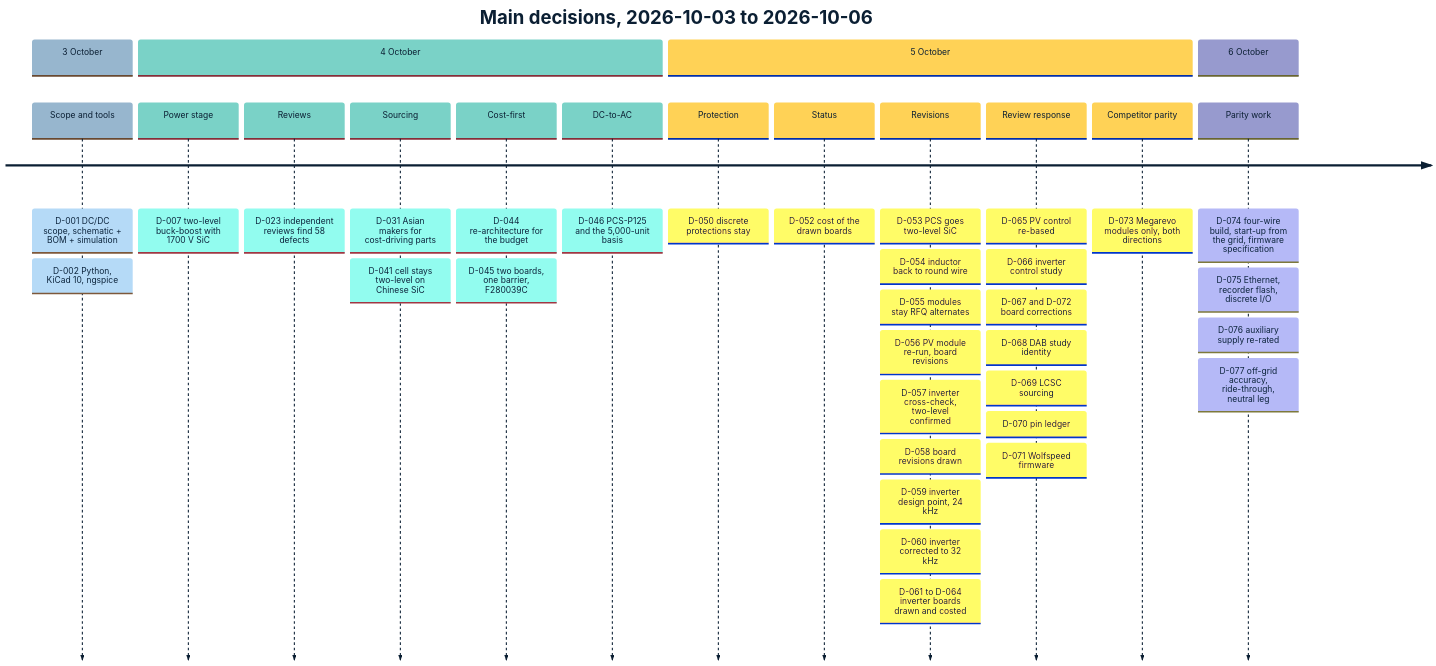
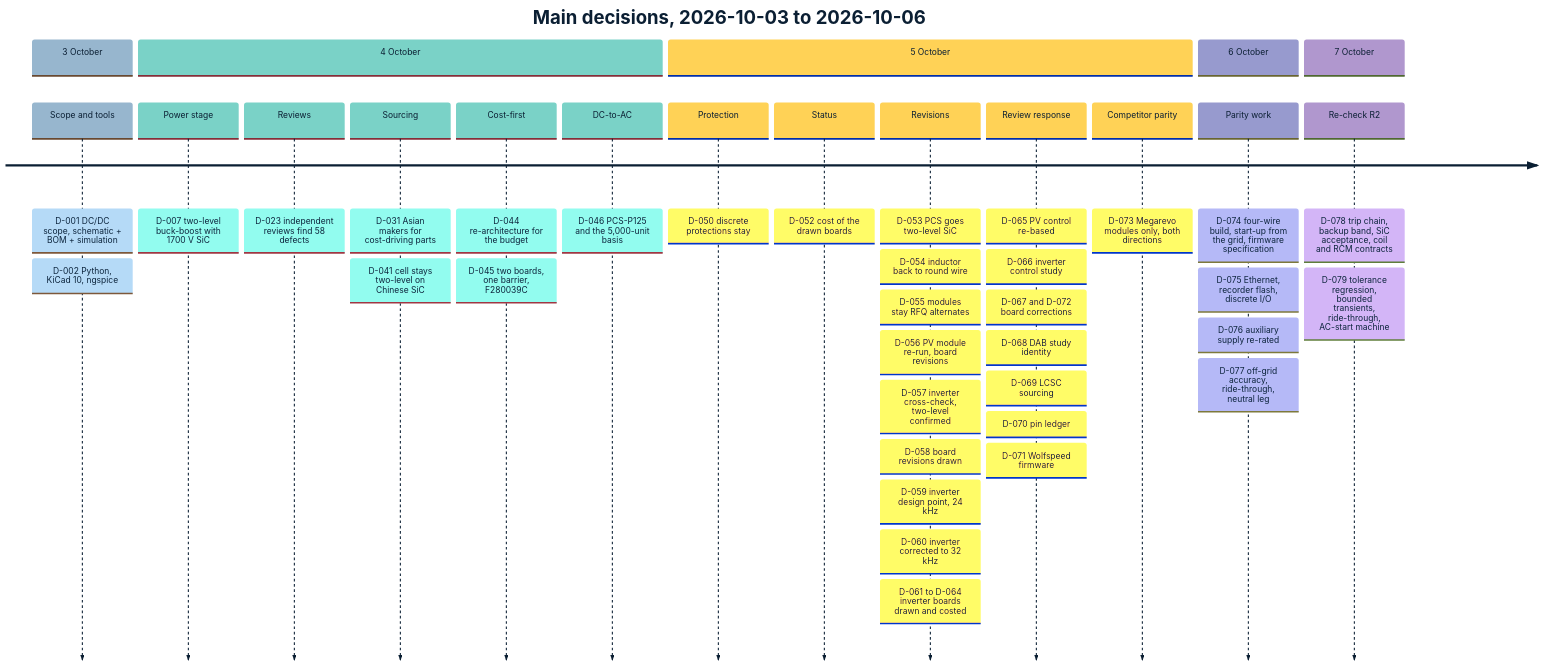
Before and after one commit to vectivolt/PCM: the second of 2 diagrams in docs/guide/01-overview.md, drawn with Mermaid. The commit also changed 188 other files, not shown here.

````diff
--- a/docs/guide/01-overview.md
+++ b/docs/guide/01-overview.md
@@ -83,21 +83,23 @@
 ```mermaid
 %%{init: {"theme": "base", "themeVariables": {"primaryColor": "#EEF3F7", "primaryBorderColor": "#0B1F33", "primaryTextColor": "#0B1F33", "lineColor": "#5B6B7A", "secondaryColor": "#D9F2EF", "tertiaryColor": "#FFF4D6", "fontFamily": "Inter, Helvetica, Arial, sans-serif"}}}%%
 timeline
     title Main decisions, 2026-10-03 to 2026-10-06
     section 3 October
         Scope and tools : D-001 DC/DC scope, schematic + BOM + simulation : D-002 Python, KiCad 10, ngspice
     section 4 October
         Power stage : D-007 two-level buck-boost with 1700 V SiC
         Reviews : D-023 independent reviews find 58 defects
         Sourcing : D-031 Asian makers for cost-driving parts : D-041 cell stays two-level on Chinese SiC
         Cost-first : D-044 re-architecture for the budget : D-045 two boards, one barrier, F280039C
         DC-to-AC : D-046 PCS-P125 and the 5,000-unit basis
     section 5 October
         Protection : D-050 discrete protections stay
         Status : D-052 cost of the drawn boards
         Revisions : D-053 PCS goes two-level SiC : D-054 inductor back to round wire : D-055 modules stay RFQ alternates : D-056 PV module re-run, board revisions : D-057 inverter cross-check, two-level confirmed : D-058 board revisions drawn : D-059 inverter design point, 24 kHz : D-060 inverter corrected to 32 kHz : D-061 to D-064 inverter boards drawn and costed
         Review response : D-065 PV control re-based : D-066 inverter control study : D-067 and D-072 board corrections : D-068 DAB study identity : D-069 LCSC sourcing : D-070 pin ledger : D-071 Wolfspeed firmware
         Competitor parity : D-073 Megarevo modules only, both directions
     section 6 October
         Parity work : D-074 four-wire build, start-up from the grid, firmware specification : D-075 Ethernet, recorder flash, discrete I/O : D-076 auxiliary supply re-rated : D-077 off-grid accuracy, ride-through, neutral leg
+    section 7 October
+        Re-check R2 : D-078 trip chain, backup band, SiC acceptance, coil and RCM contracts : D-079 tolerance regression, bounded transients, ride-through, AC-start machine
 ```
````
